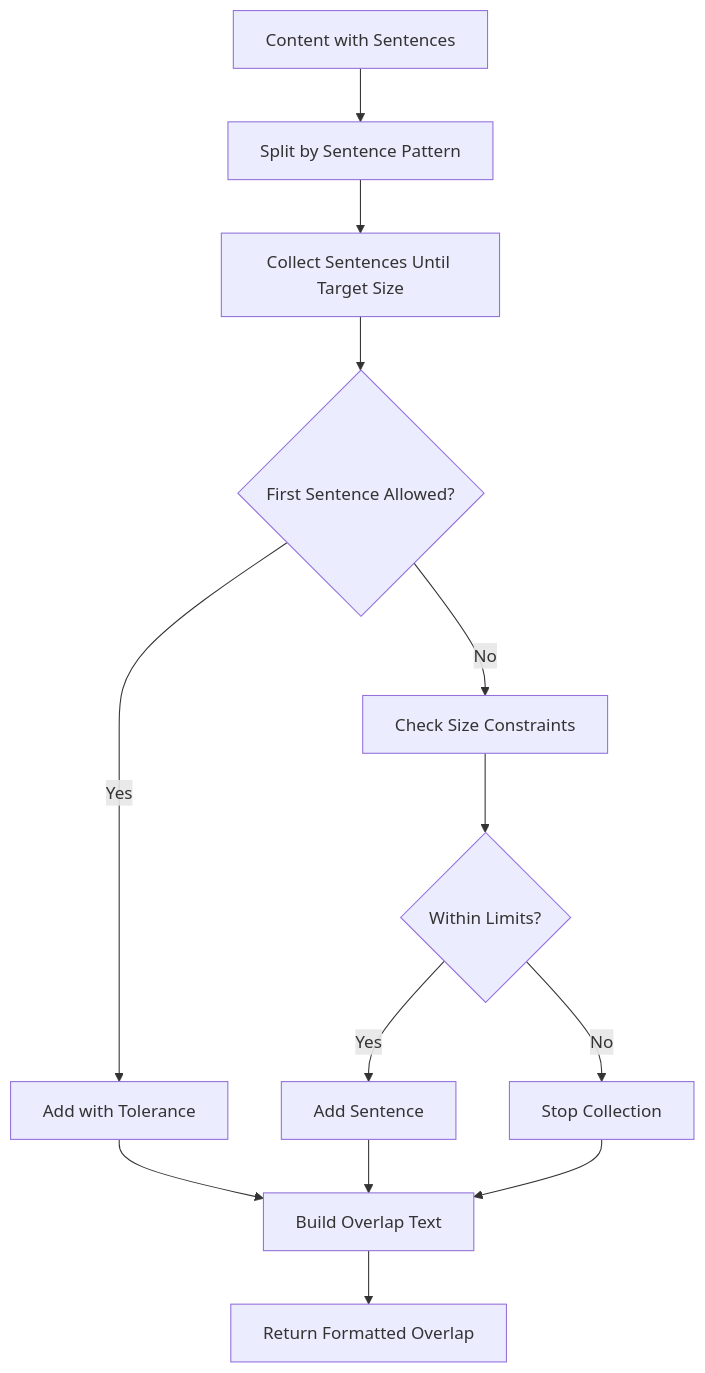
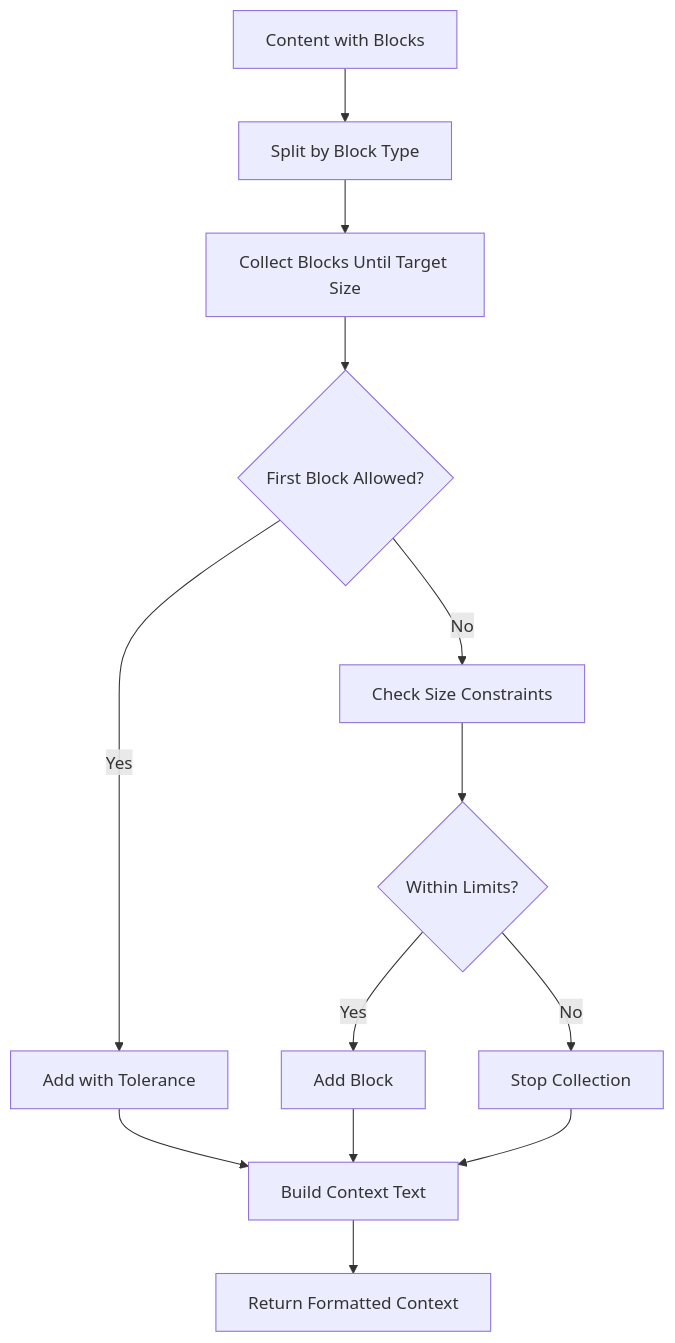
The fourth of 5 diagrams in .qoder/repowiki/en/content/Architecture & Design/Orchestrator Engine/Orchestration Pipeline/Post-Processing Pipeline/Overlap Management.md (asukhodko/dify-markdown-chunker), drawn with Mermaid before and after one commit. The commit also changed other lines of this file and 1 other file, not shown here.

First line of the commit message:
docs(overlap_manager): update docs for metadata-based overlap mode

````diff
--- a/.qoder/repowiki/en/content/Architecture & Design/Orchestrator Engine/Orchestration Pipeline/Post-Processing Pipeline/Overlap Management.md
+++ b/.qoder/repowiki/en/content/Architecture & Design/Orchestrator Engine/Orchestration Pipeline/Post-Processing Pipeline/Overlap Management.md
@@ -206,15 +222,15 @@
 ```mermaid
 flowchart TD
-A["Content with Sentences"] --> B["Split by Sentence Pattern"]
-B --> C["Collect Sentences Until Target Size"]
-C --> D{"First Sentence Allowed?"}
+A["Content with Blocks"] --> B["Split by Block Type"]
+B --> C["Collect Blocks Until Target Size"]
+C --> D{"First Block Allowed?"}
 D --> |Yes| E["Add with Tolerance"]
 D --> |No| F["Check Size Constraints"]
 F --> G{"Within Limits?"}
-G --> |Yes| H["Add Sentence"]
+G --> |Yes| H["Add Block"]
 G --> |No| I["Stop Collection"]
-E --> J["Build Overlap Text"]
+E --> J["Build Context Text"]
 H --> J
 I --> J
-J --> K["Return Formatted Overlap"]
+J --> K["Return Formatted Context"]
 ```
````
